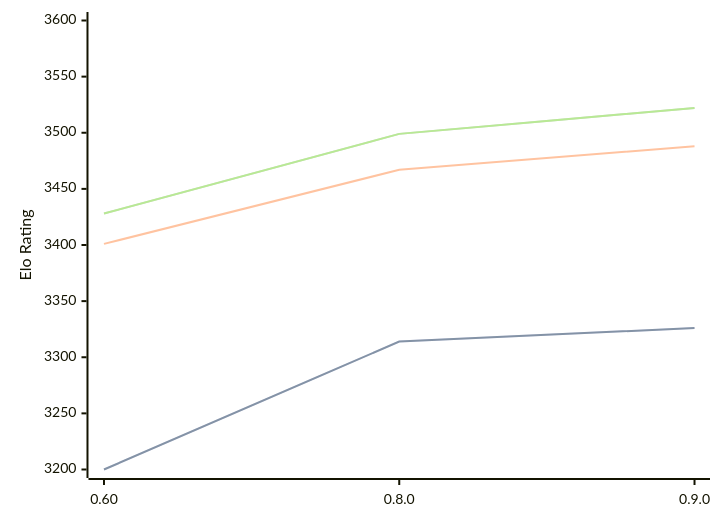
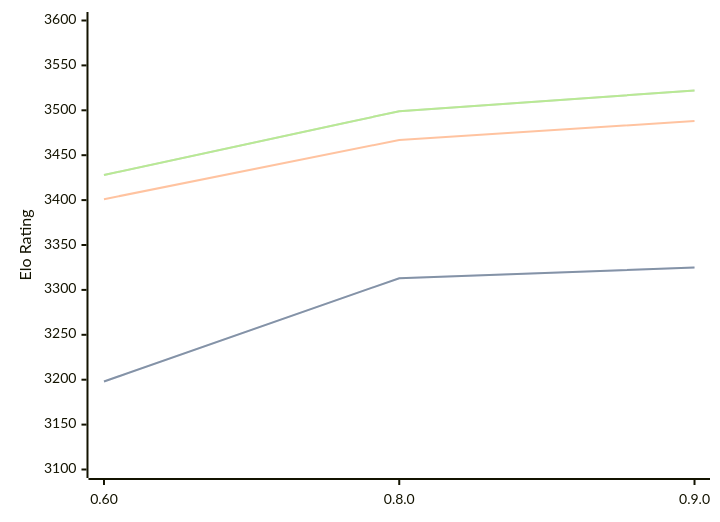
The diagram in engines/Motor.md (computer-chess-index/cci), drawn with Mermaid before and after one commit. The commit also changed other lines of this file, not shown here.

Commit message:
Update CCI Ratings (ELO VLTC) - 2026-08-03

````diff
--- a/engines/Motor.md
+++ b/engines/Motor.md
@@ -39,11 +39,11 @@
 ```mermaid
 %%{init: {"theme":"base","themeVariables":{"seriesColors:['#a3a3a3','#222221','#faa371']}}}%%
 xychart-beta
   x-axis ["0.60", "0.8.0", "0.9.0"]
-  y-axis "Elo Rating" 3200 --> 3600
-  line "STC (8.0+0.08s)" [3200, 3314, 3326]
-  line "STC (8.0+0.08s)" [3200, 3314, 3326]
+  y-axis "Elo Rating" 3100 --> 3600
+  line "STC (8.0+0.08s)" [3198, 3313, 3325]
+  line "STC (8.0+0.08s)" [3198, 3313, 3325]
   line "LTC (60.0+0.60s)" [3401, 3467, 3488]
   line "VLTC (2m24s+1.12s)" [3428, 3499, 3522]
   line "VLTC (2m24s+1.12s)" [3428, 3499, 3522]
 ```
````
